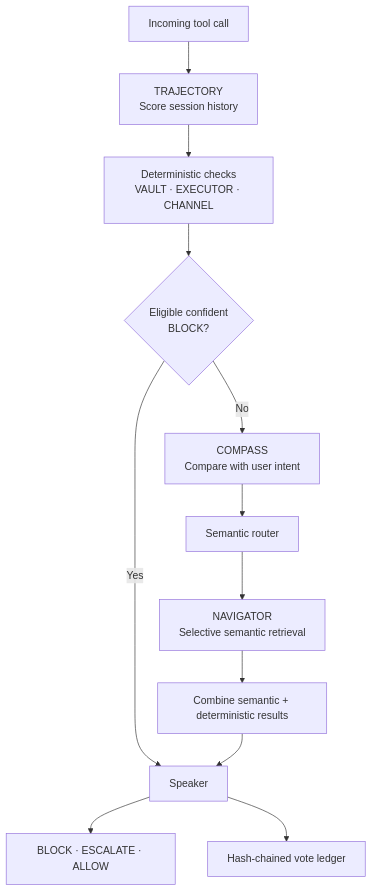
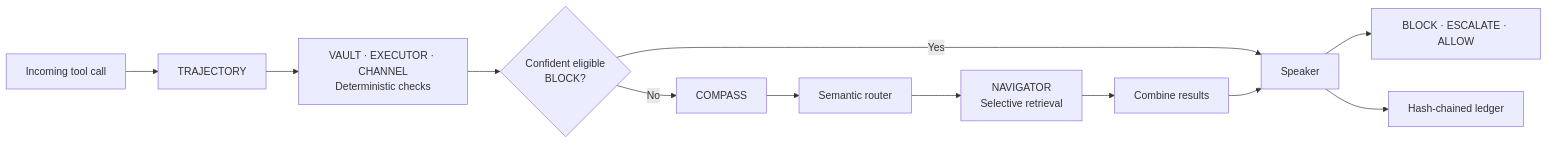
One commit to Ishani018/Kavach-Revamp changed the diagram in README.md. Above: the diagram before and after it, drawn with Mermaid.

Commit message:
docs: make Kavach flow diagram horizontal

````diff
--- a/README.md
+++ b/README.md
@@ -7,14 +7,14 @@
 ```mermaid
-flowchart TD
-    A["Incoming tool call"] --> B["TRAJECTORY<br/>Score session history"]
-    B --> C["Deterministic checks<br/>VAULT · EXECUTOR · CHANNEL"]
-    C --> D{"Eligible confident<br/>BLOCK?"}
+flowchart LR
+    A["Incoming tool call"] --> B["TRAJECTORY"]
+    B --> C["VAULT · EXECUTOR · CHANNEL<br/>Deterministic checks"]
+    C --> D{"Confident eligible<br/>BLOCK?"}
     D -- Yes --> S["Speaker"]
-    D -- No --> E["COMPASS<br/>Compare with user intent"]
+    D -- No --> E["COMPASS"]
     E --> R["Semantic router"]
-    R --> N["NAVIGATOR<br/>Selective semantic retrieval"]
-    N --> M["Combine semantic + deterministic results"]
+    R --> N["NAVIGATOR<br/>Selective retrieval"]
+    N --> M["Combine results"]
     M --> S
     S --> V["BLOCK · ESCALATE · ALLOW"]
-    S --> L["Hash-chained vote ledger"]
+    S --> L["Hash-chained ledger"]
 ```
````
